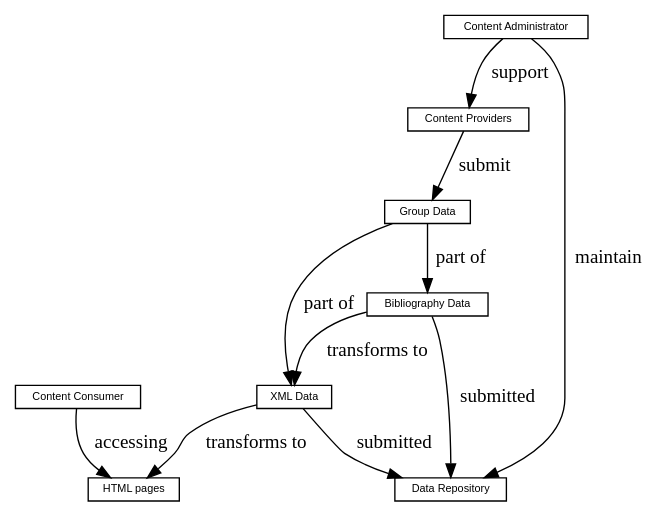
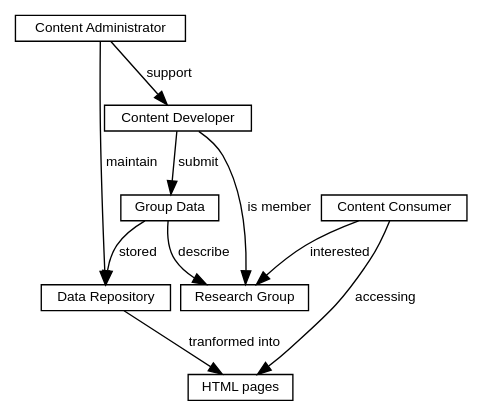
One commit to istlab/web changed the diagram in doc/paper/conc-model.dot. Above: the diagram before and after it, drawn with Graphviz. The commit also changed 2 other files, not shown here.

Commit message:
Updated declweb paper, conceptual model dot and Class diagram.

```diff
--- a/doc/paper/conc-model.dot
+++ b/doc/paper/conc-model.dot
@@ -1,30 +1,26 @@
 #!/usr/bin/dot
 # $id: $
 
 digraph G{
 	nodesep=.1;
-	rankdir=UD;
-	node [height=.15,shape=box,fontname="Helvetica",fontsize=8];
-	edge [arrowhead=normal,arrowtail=none];
+	node [height=.15,shape=box,fontname="Helvetica",fontsize=10];
+	edge [arrowhead=normal,arrowtail=none,fontname="Helvetica",fontsize=10];
 
 	html [label="HTML pages"];
-	xml [label="XML Data"];
-	bib [label="Bibliography Data"];
-	content_providers [label="Content Providers"];
+	content_provider [label="Content Developer"];
 	group_data [label="Group Data"];
 	system_administrator [label="Content Administrator"];
 	repository [label="Data Repository"];
 	end_user [label="Content Consumer"];
+	research_group [label="Research Group"];
 	
-	group_data->xml [label="part of"];
-	group_data->bib [label="part of"];
-	xml->html [label="transforms to"];
-	bib->xml [label="transforms to"];
-	content_providers->group_data [label="submit"];
-	system_administrator->content_providers [label="support"];
+	content_provider->group_data [label="submit"];
+	system_administrator->content_provider [label="support"];
 	system_administrator->repository [label="maintain"];
-	xml->repository [label="submitted"];
-	bib->repository [label="submitted"];
 	end_user->html [label="accessing"];
-
+	content_provider->research_group [label="is member"];
+	group_data->research_group [label="describe"];
+	end_user->research_group [label="interested"];
+	group_data->repository [label="stored"];
+	repository->html [label="tranformed into"];
 }
```
